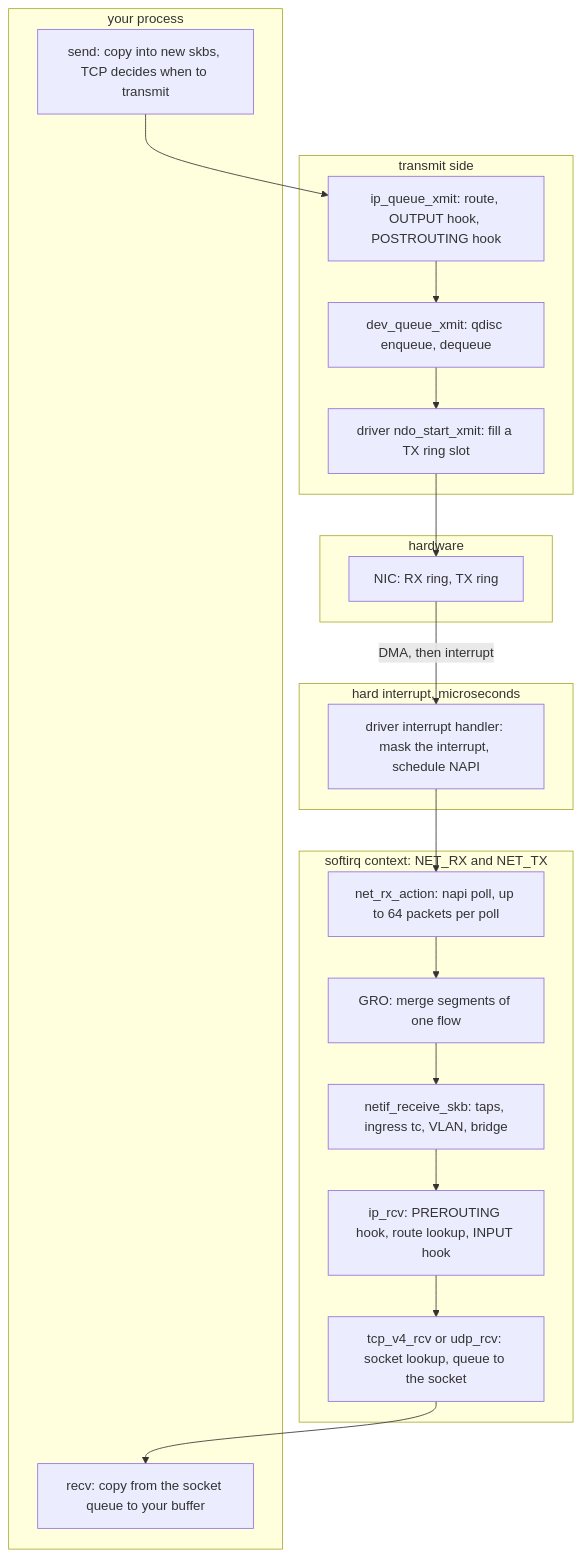
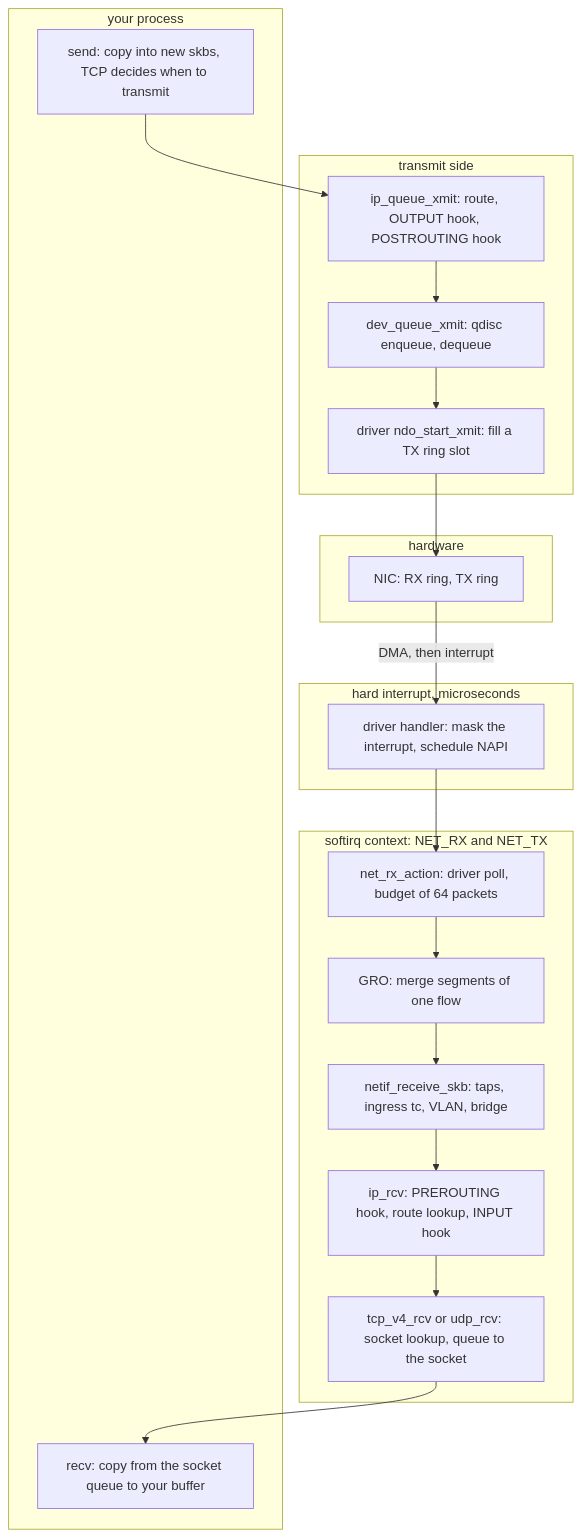
One commit to Princeahrwar/Study changed the first of 4 diagrams in 07_networking/06_linux_network_stack.md. Above: the diagram before and after it, drawn with Mermaid. The commit also changed other lines of this file, not shown here.

First line of the commit message:
NET 06: rewrite Linux network stack in WF 14 style (111 KB to 38 KB)

````diff
--- a/07_networking/06_linux_network_stack.md
+++ b/07_networking/06_linux_network_stack.md
@@ -41,27 +26,27 @@
 ```mermaid
 flowchart TB
   subgraph hw[hardware]
     NIC["NIC: RX ring, TX ring"]
   end
   subgraph irq[hard interrupt, microseconds]
-    ISR["driver interrupt handler: mask the interrupt, schedule NAPI"]
+    ISR["driver handler: mask the interrupt, schedule NAPI"]
   end
   subgraph soft[softirq context: NET_RX and NET_TX]
-    NAPI["net_rx_action: napi poll, up to 64 packets per poll"]
+    NAPI["net_rx_action: driver poll, budget of 64 packets"]
     GRO["GRO: merge segments of one flow"]
     L2["netif_receive_skb: taps, ingress tc, VLAN, bridge"]
     IP["ip_rcv: PREROUTING hook, route lookup, INPUT hook"]
     L4["tcp_v4_rcv or udp_rcv: socket lookup, queue to the socket"]
   end
   subgraph proc[your process]
     RECV["recv: copy from the socket queue to your buffer"]
     SEND["send: copy into new skbs, TCP decides when to transmit"]
   end
   subgraph tx[transmit side]
     IPO["ip_queue_xmit: route, OUTPUT hook, POSTROUTING hook"]
     Q["dev_queue_xmit: qdisc enqueue, dequeue"]
     DRV["driver ndo_start_xmit: fill a TX ring slot"]
   end
   NIC -->|DMA, then interrupt| ISR --> NAPI --> GRO --> L2 --> IP --> L4 --> RECV
   SEND --> IPO --> Q --> DRV --> NIC
 ```
````
